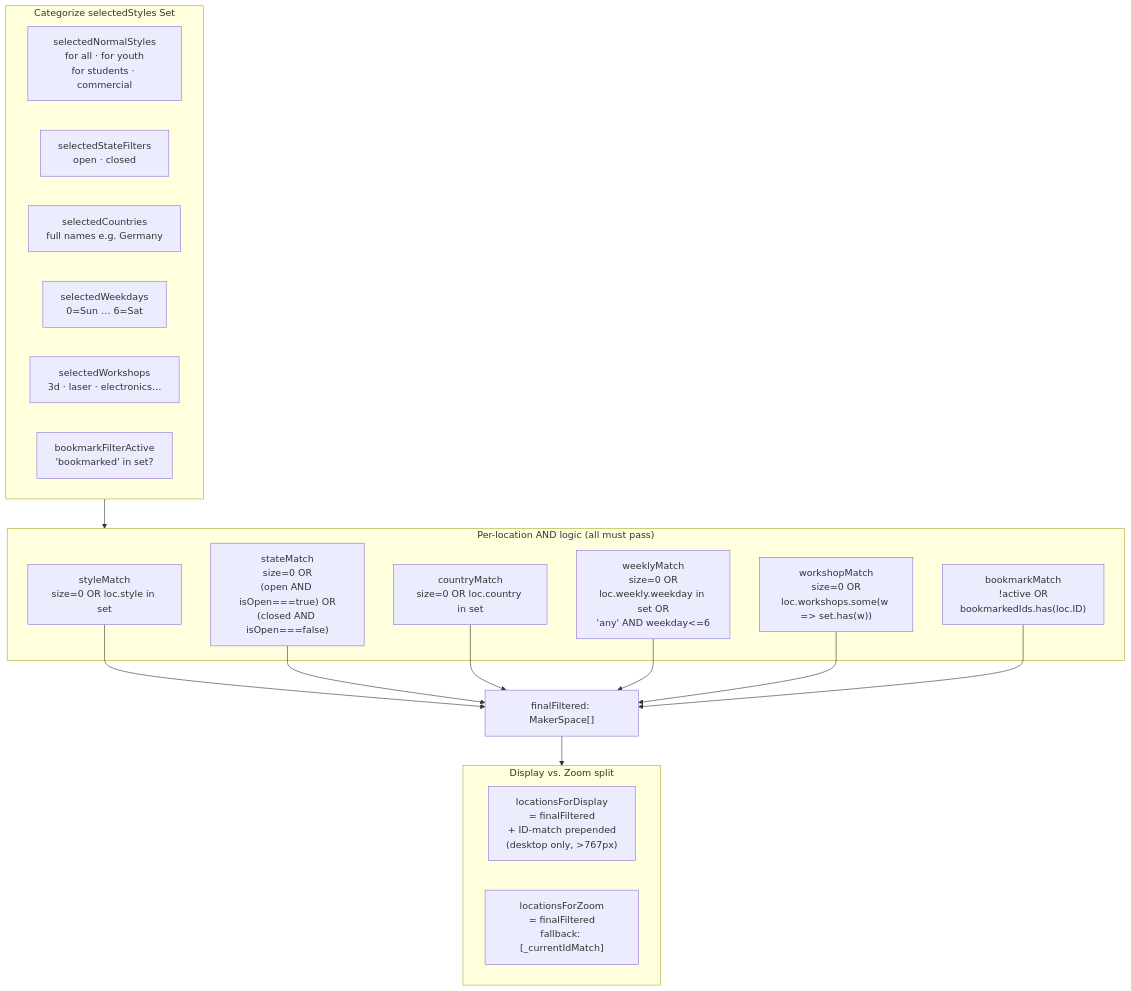
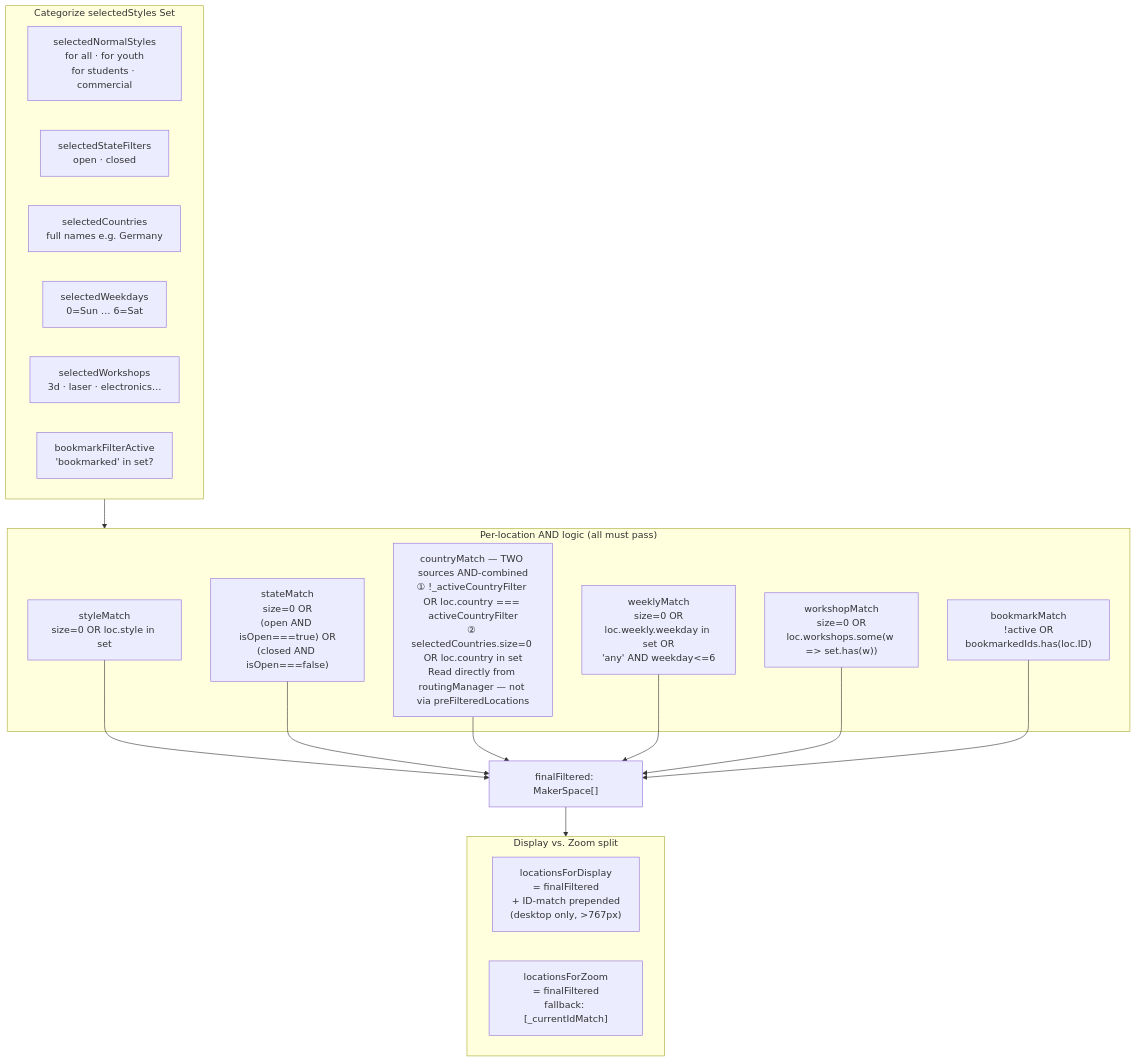
The tenth of 19 diagrams in architecture-diagram.md (01msmr/makerspac.es), drawn with Mermaid before and after one commit. The commit also changed other lines of this file and 2 other files, not shown here.

Commit message:
Fix country+workshop filter, update diagrams

````diff
--- a/architecture-diagram.md
+++ b/architecture-diagram.md
@@ -556,30 +569,30 @@
 ```mermaid
 flowchart TB
 
 subgraph CATS["Categorize selectedStyles Set"]
     C1["selectedNormalStyles\nfor all · for youth\nfor students · commercial"]
     C2["selectedStateFilters\nopen · closed"]
     C3["selectedCountries\nfull names e.g. Germany"]
     C4["selectedWeekdays\n0=Sun … 6=Sat"]
     C5["selectedWorkshops\n3d · laser · electronics…"]
     C6["bookmarkFilterActive\n'bookmarked' in set?"]
 end
 
 subgraph MATCH["Per-location AND logic (all must pass)"]
     M1["styleMatch\nsize=0 OR loc.style in set"]
     M2["stateMatch\nsize=0 OR\n(open AND isOpen===true) OR\n(closed AND isOpen===false)"]
-    M3["countryMatch\nsize=0 OR loc.country in set"]
+    M3["countryMatch — TWO sources AND-combined\n① !_activeCountryFilter OR loc.country === activeCountryFilter\n② selectedCountries.size=0 OR loc.country in set\nRead directly from routingManager — not via preFilteredLocations"]
     M4["weeklyMatch\nsize=0 OR\nloc.weekly.weekday in set OR\n'any' AND weekday<=6"]
     M5["workshopMatch\nsize=0 OR\nloc.workshops.some(w => set.has(w))"]
     M6["bookmarkMatch\n!active OR\nbookmarkedIds.has(loc.ID)"]
 end
 
 subgraph SPLIT["Display vs. Zoom split"]
     DISP["locationsForDisplay\n= finalFiltered\n+ ID-match prepended\n  (desktop only, >767px)"]
     ZOOM["locationsForZoom\n= finalFiltered\nfallback: [_currentIdMatch]"]
 end
 
 CATS --> MATCH
 M1 & M2 & M3 & M4 & M5 & M6 --> RESULT["finalFiltered: MakerSpace[]"]
 RESULT --> SPLIT
 ```
````
